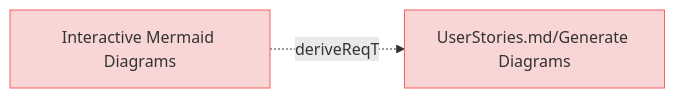
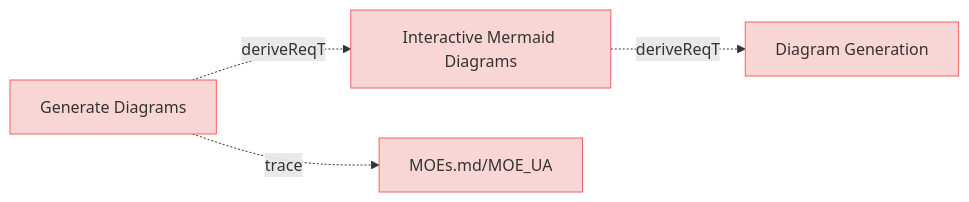
The first of 9 diagrams in specifications/UserRequirements.md (reqvire-org/reqvire), drawn with Mermaid before and after one commit. The commit also changed other lines of this file and 27 other files, not shown here.

Commit message:
Diagrams update.X

````diff
--- a/specifications/UserRequirements.md
+++ b/specifications/UserRequirements.md
@@ -4,16 +4,24 @@
 ```mermaid
 graph LR;
   %% Graph styling
   classDef requirement fill:#f9d6d6,stroke:#f55f5f,stroke-width:1px;
   classDef verification fill:#d6f9d6,stroke:#5fd75f,stroke-width:1px;
   classDef externalLink fill:#d0e0ff,stroke:#3080ff,stroke-width:1px;
   classDef default fill:#f5f5f5,stroke:#333333,stroke-width:1px;
 
   eedf6d6d3d2354d9["Interactive Mermaid Diagrams"];
   class eedf6d6d3d2354d9 requirement;
   click eedf6d6d3d2354d9 "UserRequirements.md#interactive-mermaid-diagrams";
-  37a5b8e199a838f["UserStories.md/Generate Diagrams"];
+  e9aee7d9477f4abe["Diagram Generation"];
+  class e9aee7d9477f4abe requirement;
+  click e9aee7d9477f4abe "SystemRequirements/Requirements.md#diagram-generation";
+  eedf6d6d3d2354d9 -.->|deriveReqT| e9aee7d9477f4abe;
+  37a5b8e199a838f["Generate Diagrams"];
   class 37a5b8e199a838f requirement;
   click 37a5b8e199a838f "UserStories.md#generate-diagrams";
-  eedf6d6d3d2354d9 -.->|deriveReqT| 37a5b8e199a838f;
+  2c5f30f14e792200["MOEs.md/MOE_UA"];
+  class 2c5f30f14e792200 requirement;
+  click 2c5f30f14e792200 "MOEs.md#moe_ua";
+  37a5b8e199a838f -.->|trace| 2c5f30f14e792200;
+  37a5b8e199a838f -.->|deriveReqT| eedf6d6d3d2354d9;
 ```
````
